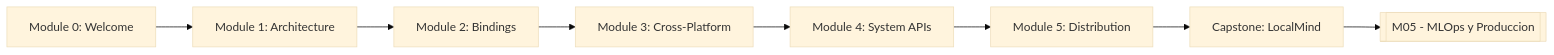
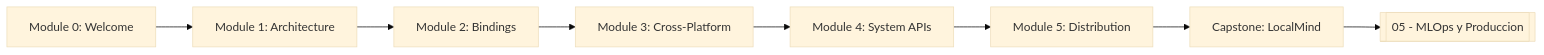
The first of 2 diagrams in SW-ML-AI Engineering/Go Engineering/07 - Wails - Desktop Apps with Go/00 - Welcome to Wails.md (Leito2/Learning), drawn with Mermaid (base theme) before and after one commit. The commit also changed other lines of this file and 231 other files, not shown here.

````diff
--- a/SW-ML-AI Engineering/Go Engineering/07 - Wails - Desktop Apps with Go/00 - Welcome to Wails.md
+++ b/SW-ML-AI Engineering/Go Engineering/07 - Wails - Desktop Apps with Go/00 - Welcome to Wails.md
@@ -141,10 +141,10 @@
 ```mermaid
 graph LR
     A[Module 0: Welcome] --> B[Module 1: Architecture]
     B --> C[Module 2: Bindings]
     C --> D[Module 3: Cross-Platform]
     D --> E[Module 4: System APIs]
     E --> F[Module 5: Distribution]
     F --> G[Capstone: LocalMind]
-    G --> H[[M05 - MLOps y Produccion]]
+    G --> H[[05 - MLOps y Produccion]]
 ```
````
